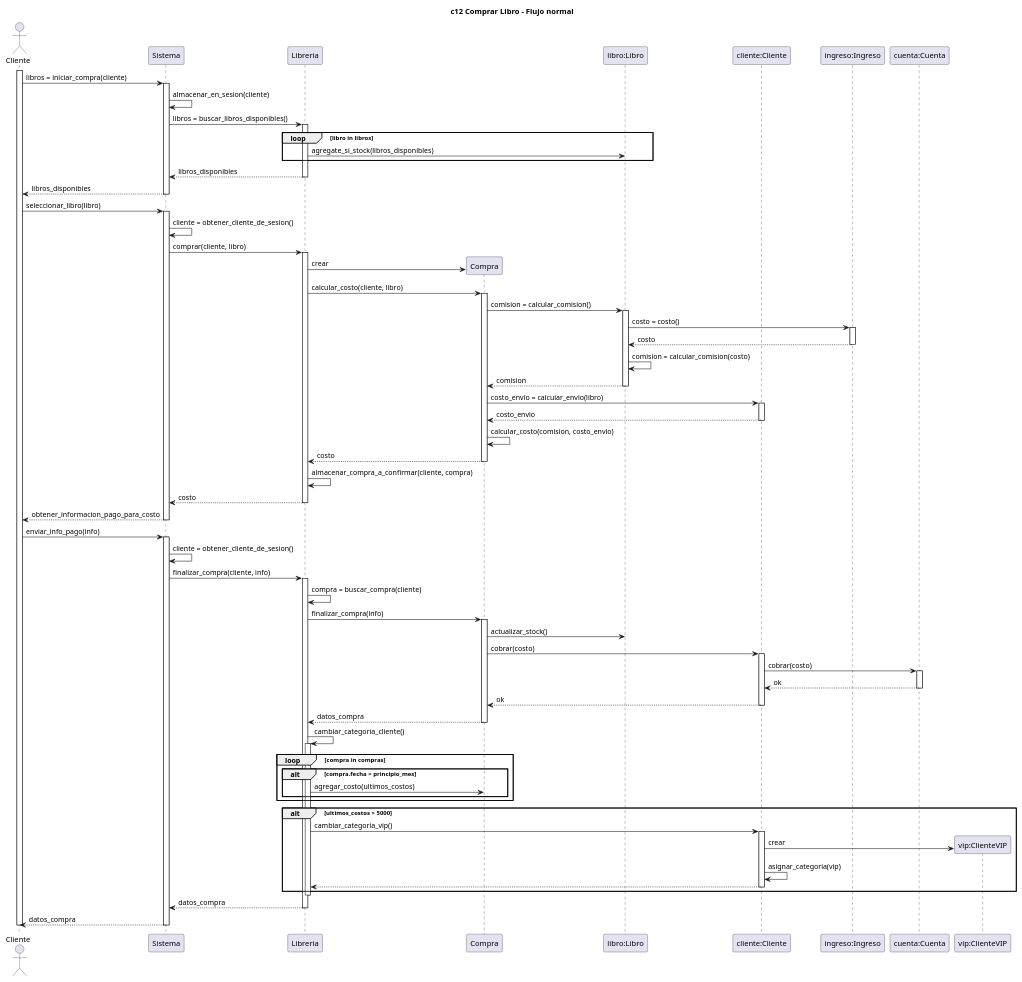
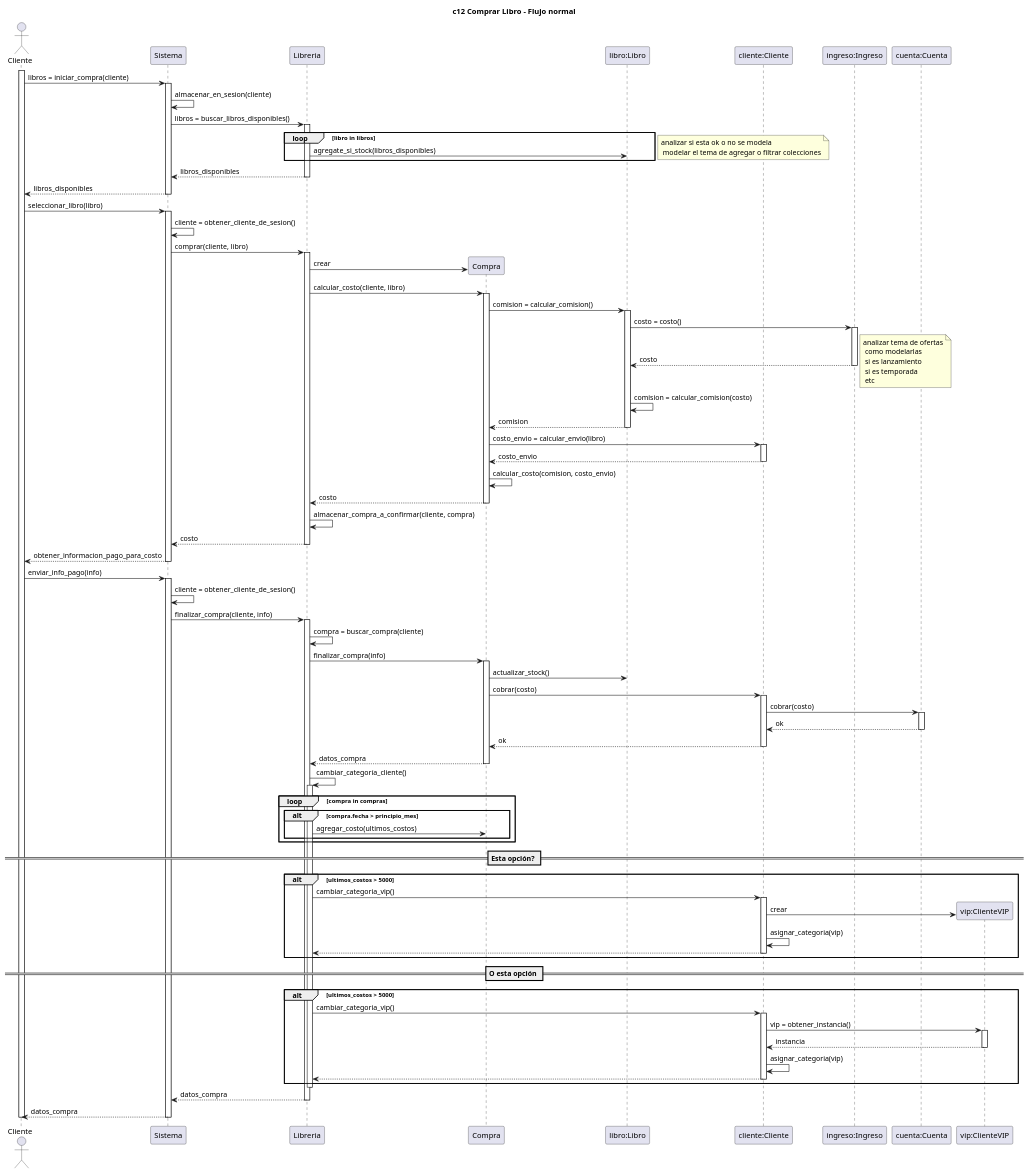
One commit to pablodanielrey/dsbm changed the diagram in tp/secuencia/compra/secuencia.plantuml. Above: the diagram before and after it, drawn with PlantUML. The commit also changed 1 other file, not shown here.

Commit message:
agrego las ultimas dudas sobre la asignacionon de la categoria

```diff
--- a/tp/secuencia/compra/secuencia.plantuml
+++ b/tp/secuencia/compra/secuencia.plantuml
@@ -2,102 +2,121 @@
 @startuml c12 Comprar Libro - Flujo normal
 
 title c12 Comprar Libro - Flujo normal
 
 actor Cliente as c
 participant Sistema as s
 participant Libreria as l
 participant Compra as compra
 participant "libro:Libro" as libro
 participant "cliente:Cliente" as cliente
 participant "ingreso:Ingreso" as ingreso
 participant "cuenta:Cuenta" as cuenta
 participant "vip:ClienteVIP" as vip
 
 activate c
 c -> s : libros = iniciar_compra(cliente)
 activate s
     s -> s : almacenar_en_sesion(cliente)
     s -> l : libros = buscar_libros_disponibles()
     activate l
         loop libro in libros
             l -> libro : agregate_si_stock(libros_disponibles)
         end
+        note left : analizar si esta ok o no se modela\n modelar el tema de agregar o filtrar colecciones
         return libros_disponibles
     deactivate l
     c <-- s : libros_disponibles
 deactivate s
 
 c -> s : seleccionar_libro(libro)
 activate s
     s -> s : cliente = obtener_cliente_de_sesion()
     s -> l : comprar(cliente, libro)
     activate l 
         l -> compra ** : crear
         l -> compra : calcular_costo(cliente, libro)
         activate compra
             'el costo depende del tipo de libro y del tipo de cliente
             compra -> libro : comision = calcular_comision()
             activate libro
                 libro -> ingreso : costo = costo()
                 activate ingreso
                     libro <-- ingreso : costo
                 deactivate ingreso
+                note right : analizar tema de ofertas\n como modelarlas\n si es lanzamiento\n si es temporada\n etc
                 libro -> libro : comision = calcular_comision(costo)
                 compra <-- libro : comision
             deactivate libro
             compra -> cliente : costo_envio = calcular_envio(libro)
             activate cliente
                 compra <-- cliente : costo_envio
             deactivate cliente
             compra -> compra : calcular_costo(comision, costo_envio)
             l <-- compra : costo
         deactivate compra
         l -> l : almacenar_compra_a_confirmar(cliente, compra)
         s <-- l : costo
     deactivate l
     return obtener_informacion_pago_para_costo
 deactivate s
 
 c -> s : enviar_info_pago(info)
 activate s
     s -> s : cliente = obtener_cliente_de_sesion()
     s -> l : finalizar_compra(cliente, info)
     activate l
         l -> l : compra = buscar_compra(cliente)
         l -> compra : finalizar_compra(info)
         activate compra
             compra -> libro : actualizar_stock()
             compra -> cliente : cobrar(costo)
             activate cliente
                 cliente -> cuenta : cobrar(costo)
                 activate cuenta
                     cliente <-- cuenta: ok
                 deactivate cuenta
                 compra <-- cliente : ok
             deactivate cliente
             l <-- compra : datos_compra
         deactivate compra
         l -> l : cambiar_categoría_cliente()
         activate l
             loop compra in compras
                 alt compra.fecha > principio_mes
                     l -> compra : agregar_costo(ultimos_costos)
                 end
             end
+
+            == Esta opción? ==
+
             alt ultimos_costos > 5000
                 l -> cliente : cambiar_categoria_vip()
                 activate cliente
                     cliente -> vip **: crear
+                    cliente -> cliente : asignar_categoria(vip)
+                    l <-- cliente
+                deactivate cliente
+            end
+
+            == O esta opción ==
+
+            alt ultimos_costos > 5000
+                l -> cliente : cambiar_categoria_vip()
+                activate cliente
+                    cliente -> vip : vip = obtener_instancia()
+                    activate vip
+                        cliente <-- vip : instancia
+                    deactivate vip
                     cliente -> cliente : asignar_categoria(vip)
                     l <-- cliente
                 deactivate cliente
             end
         deactivate l
         s <-- l : datos_compra
     deactivate l
     c <-- s : datos_compra
 deactivate s
 
 deactivate c
 
 @enduml
```
